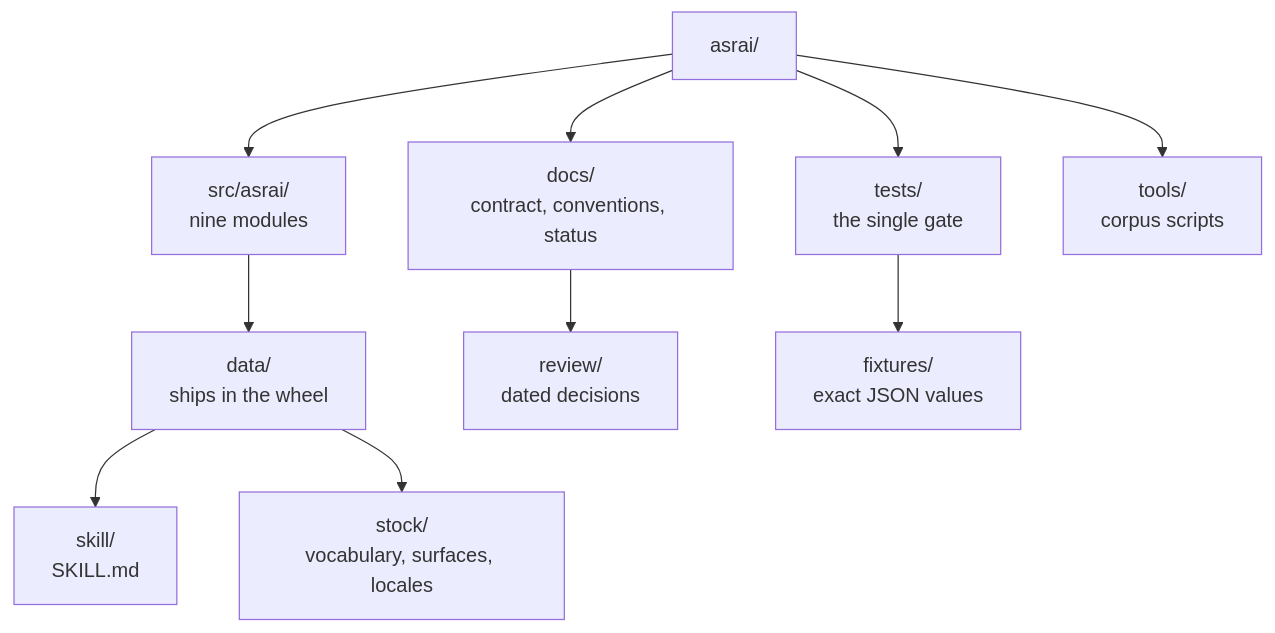
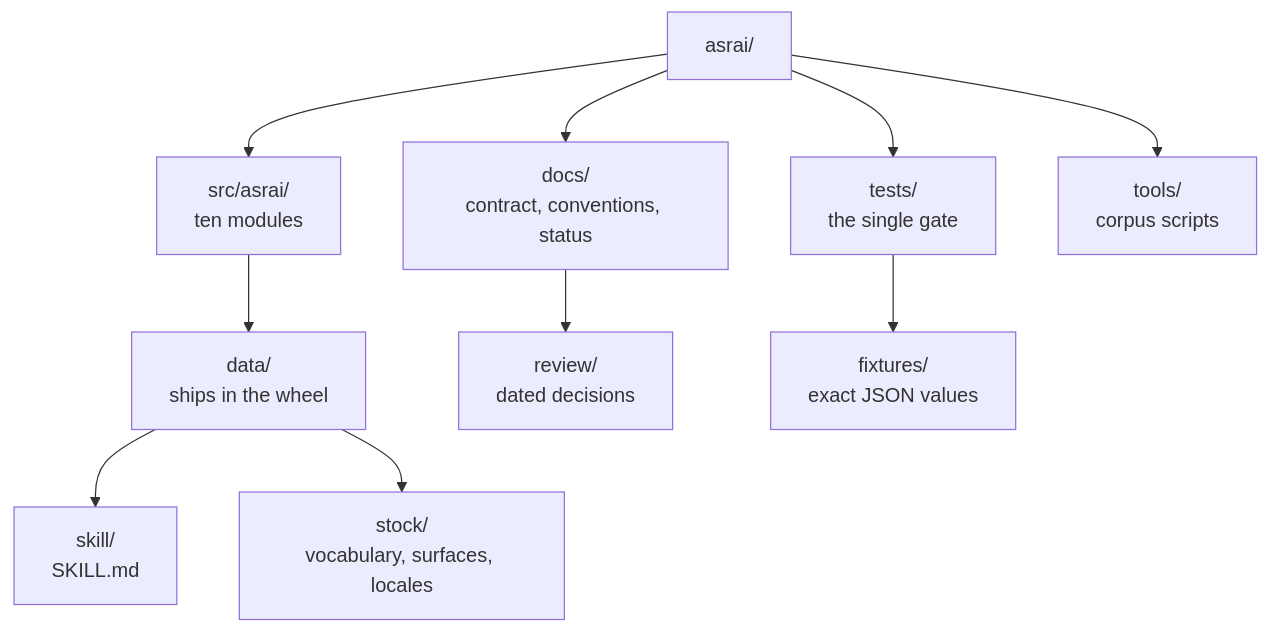
Before and after one commit to Stdev17/asrai: the diagram in README.md, drawn with Mermaid. The commit also changed other lines of this file and 9 other files, not shown here.

````diff
--- a/README.md
+++ b/README.md
@@ -74,8 +74,8 @@
 ```mermaid
 flowchart TD
-    ROOT["asrai/"] --> SRC["src/asrai/<br/>nine modules"] & DOCS["docs/<br/>contract, conventions, status"] & TESTS["tests/<br/>the single gate"] & TOOLS["tools/<br/>corpus scripts"]
+    ROOT["asrai/"] --> SRC["src/asrai/<br/>ten modules"] & DOCS["docs/<br/>contract, conventions, status"] & TESTS["tests/<br/>the single gate"] & TOOLS["tools/<br/>corpus scripts"]
     SRC --> DATA["data/<br/>ships in the wheel"]
     DATA --> SKILL["skill/<br/>SKILL.md"] & STOCK["stock/<br/>vocabulary, surfaces, locales"]
     DOCS --> REVIEW["review/<br/>dated decisions"]
     TESTS --> FIX["fixtures/<br/>exact JSON values"]
 ```
````
